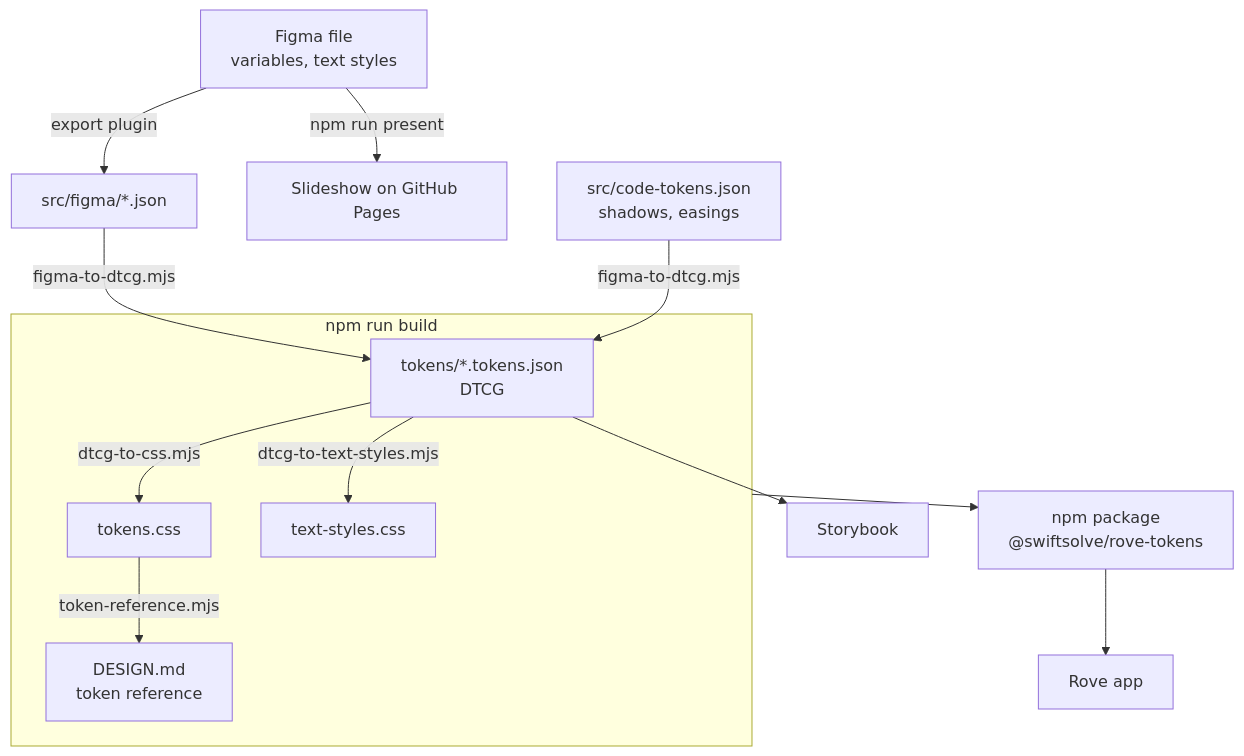
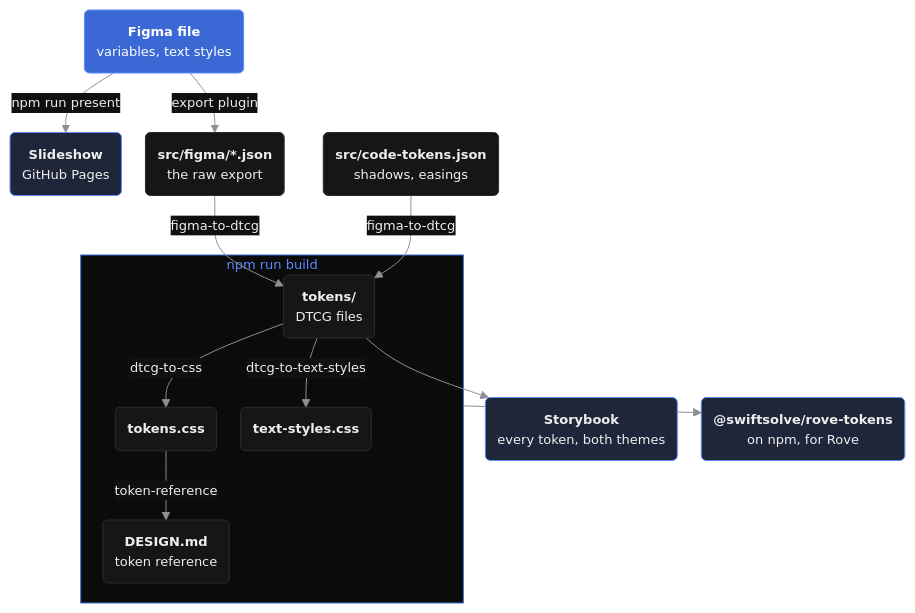
The diagram in README.md (swiftsolve/rove-tokens), drawn with Mermaid before and after one commit. The commit also changed other lines of this file, not shown here.

Commit message:
docs: restyle the pipeline chart in Rove's colours and regroup the README

````diff
--- a/README.md
+++ b/README.md
@@ -87,22 +38,39 @@
 ```mermaid
+%%{init: {"theme": "base", "themeVariables": {"fontFamily": "Inter, -apple-system, Segoe UI, Helvetica, Arial, sans-serif", "fontSize": "13px", "primaryColor": "#151618", "primaryTextColor": "#eeeeef", "primaryBorderColor": "#2b2c2f", "lineColor": "#8e8f93", "textColor": "#8e8f93", "edgeLabelBackground": "#101012", "clusterBkg": "#0b0b0c", "clusterBorder": "#3a69d5", "titleColor": "#5b8cff"}, "flowchart": {"curve": "basis", "padding": 12, "nodeSpacing": 24, "rankSpacing": 40}}}%%
 flowchart TD
-  figma["Figma file<br/>variables, text styles"]
-  figma -- "export plugin" --> exports["src/figma/*.json"]
-  figma -- "npm run present" --> slides["Slideshow on GitHub Pages"]
-  codeTokens["src/code-tokens.json<br/>shadows, easings"]
+  figma("`**Figma file**
+variables, text styles`"):::source
+  slides("`**Slideshow**
+GitHub Pages`"):::ship
+  exports("`**src/figma/*.json**
+the raw export`"):::file
+  code("`**src/code-tokens.json**
+shadows, easings`"):::file
 
   subgraph build ["npm run build"]
-    dtcg["tokens/*.tokens.json<br/>DTCG"]
-    css["tokens.css"]
-    textCss["text-styles.css"]
-    design["DESIGN.md<br/>token reference"]
+    dtcg("`**tokens/**
+DTCG files`"):::file
+    css("`**tokens.css**`"):::file
+    textCss("`**text-styles.css**`"):::file
+    design("`**DESIGN.md**
+token reference`"):::file
   end
 
-  exports & codeTokens -- "figma-to-dtcg.mjs" --> dtcg
-  dtcg -- "dtcg-to-css.mjs" --> css
-  dtcg -- "dtcg-to-text-styles.mjs" --> textCss
-  css -- "token-reference.mjs" --> design
+  storybook("`**Storybook**
+every token, both themes`"):::ship
+  pkg("`**@swiftsolve/rove-tokens**
+on npm, for Rove`"):::ship
 
-  build --> pkg["npm package<br/>@swiftsolve/rove-tokens"] --> rove["Rove app"]
-  dtcg --> storybook["Storybook"]
+  figma -- "export plugin" --> exports
+  figma -- "npm run present" --> slides
+  exports & code -- "figma-to-dtcg" --> dtcg
+  dtcg -- "dtcg-to-css" --> css
+  dtcg -- "dtcg-to-text-styles" --> textCss
+  css -- "token-reference" --> design
+  dtcg --> storybook
+  build --> pkg
+
+  classDef source fill:#3a69d5,stroke:#5b8cff,color:#ffffff
+  classDef file fill:#151618,stroke:#2b2c2f,color:#eeeeef
+  classDef ship fill:#20263a,stroke:#5b8cff,color:#eeeeef
 ```
````
